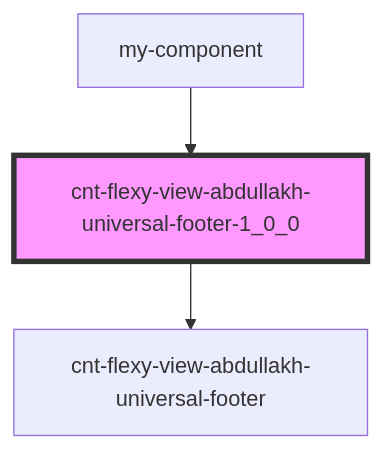
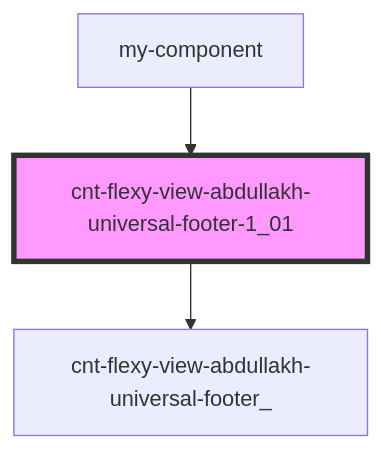
One commit to Wokh-Dada/botdevelopmentapp changed the diagram in src/components/cnt-flexy-view-abdullakh-universal-footer/readme.md. Above: the diagram before and after it, drawn with Mermaid. The commit also changed other lines of this file and 34 other files, not shown here.

````diff
--- a/src/components/cnt-flexy-view-abdullakh-universal-footer/readme.md
+++ b/src/components/cnt-flexy-view-abdullakh-universal-footer/readme.md
@@ -26,6 +26,6 @@
 ```mermaid
 graph TD;
-  cnt-flexy-view-abdullakh-universal-footer-1_0_0 --> cnt-flexy-view-abdullakh-universal-footer
-  my-component --> cnt-flexy-view-abdullakh-universal-footer-1_0_0
-  style cnt-flexy-view-abdullakh-universal-footer-1_0_0 fill:#f9f,stroke:#333,stroke-width:4px
+  cnt-flexy-view-abdullakh-universal-footer-1_01 --> cnt-flexy-view-abdullakh-universal-footer_
+  my-component --> cnt-flexy-view-abdullakh-universal-footer-1_01
+  style cnt-flexy-view-abdullakh-universal-footer-1_01 fill:#f9f,stroke:#333,stroke-width:4px
 ```
````
